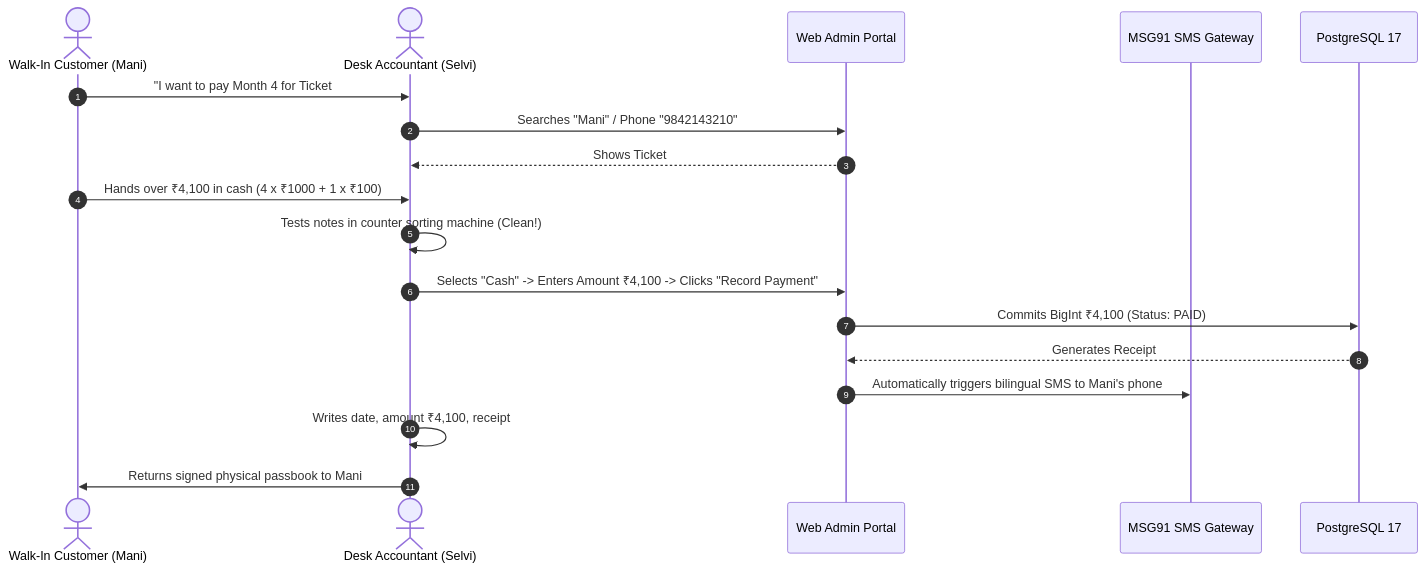
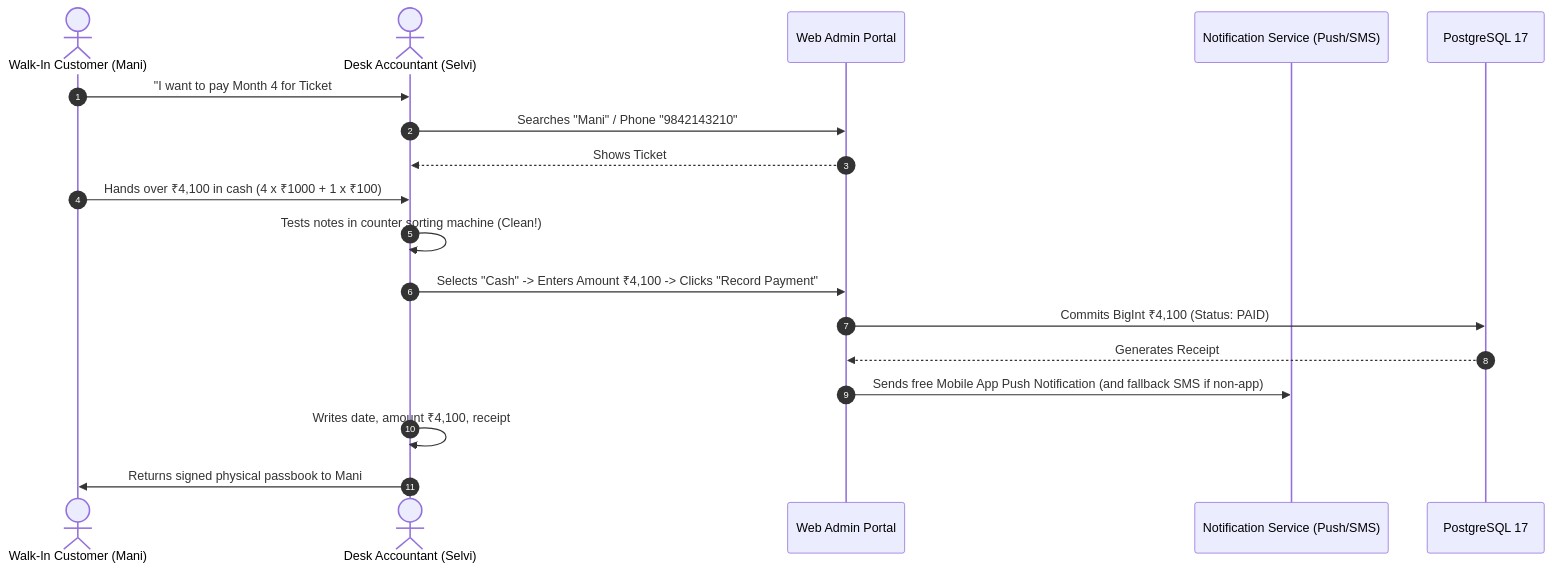
One commit to Kathir-24/Kumaran-finance changed the second of 4 diagrams in docs/02-requirements/educational-guides/persona-2-desk-accountant.md. Above: the diagram before and after it, drawn with Mermaid. The commit also changed other lines of this file and 6 other files, not shown here.

Commit message:
docs(notifications): update notification architecture; prioritize in-app mobile push notifications and reserve SMS for OTP and non-smartphone fallback

````diff
--- a/docs/02-requirements/educational-guides/persona-2-desk-accountant.md
+++ b/docs/02-requirements/educational-guides/persona-2-desk-accountant.md
@@ -104,21 +104,21 @@
 ```mermaid
 sequenceDiagram
     autonumber
     actor C as Walk-In Customer (Mani)
     actor A as Desk Accountant (Selvi)
     participant UI as Web Admin Portal
-    participant SMS as MSG91 SMS Gateway
+    participant NOTIF as Notification Service (Push/SMS)
     participant DB as PostgreSQL 17
 
     C->>A: "I want to pay Month 4 for Ticket #9 (KCA-1L)" & hands physical passbook
     A->>UI: Searches "Mani" / Phone "9842143210"
     UI-->>A: Shows Ticket #9 | Due: ₹4,100 (Status: UNPAID)
     C->>A: Hands over ₹4,100 in cash (4 x ₹1000 + 1 x ₹100)
     A->>A: Tests notes in counter sorting machine (Clean!)
     A->>UI: Selects "Cash" -> Enters Amount ₹4,100 -> Clicks "Record Payment"
     UI->>DB: Commits BigInt ₹4,100 (Status: PAID)
     DB-->>UI: Generates Receipt #KC-REC-PRD-2026-00412
-    UI->>SMS: Automatically triggers bilingual SMS to Mani's phone
+    UI->>NOTIF: Sends free Mobile App Push Notification (and fallback SMS if non-app)
     A->>A: Writes date, amount ₹4,100, receipt #, and signs Mani's physical passbook
     A->>C: Returns signed physical passbook to Mani
 ```
````
